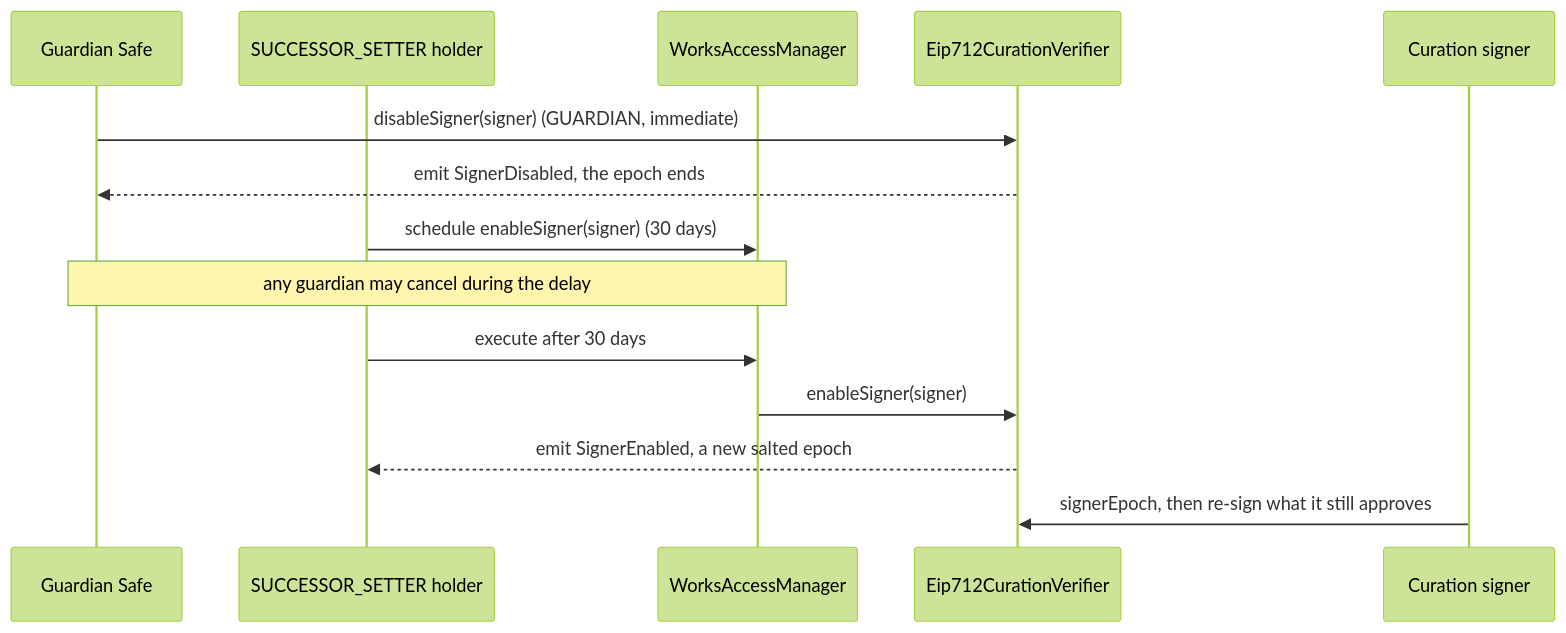
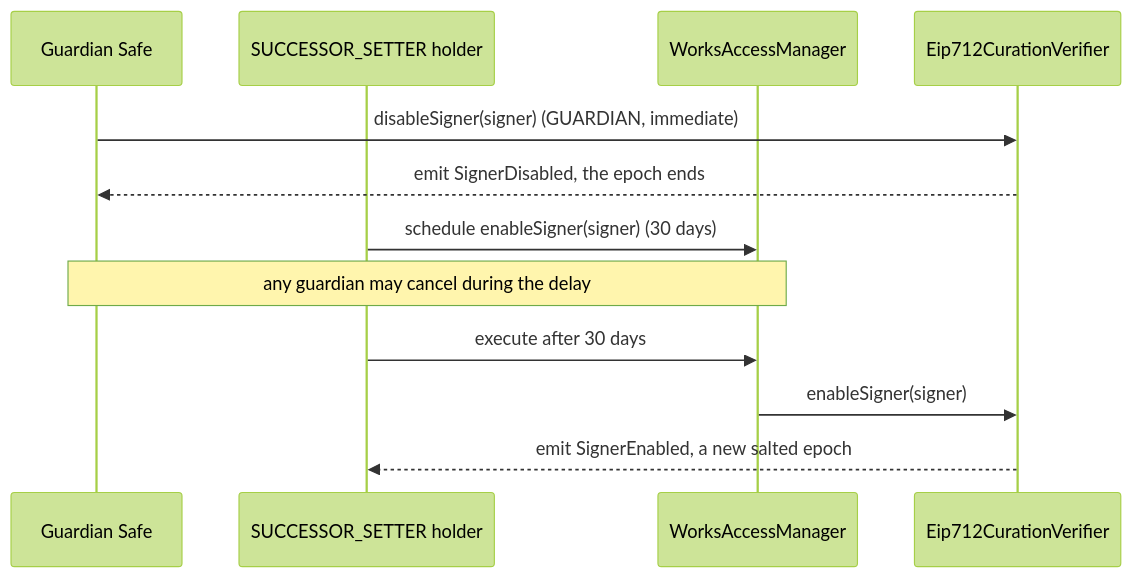
Before and after one commit to 6529-Collections/6529-works: the seventh of 8 diagrams in docs/spec/curation.md, drawn with Mermaid (forest theme). The commit also changed other lines of this file and 36 other files, not shown here.

````diff
--- a/docs/spec/curation.md
+++ b/docs/spec/curation.md
@@ -460,16 +387,14 @@
 ```mermaid
 sequenceDiagram
     participant Guardian as Guardian Safe
     participant Setter as SUCCESSOR_SETTER holder
     participant Manager as WorksAccessManager
     participant Verifier as Eip712CurationVerifier
-    participant Signer as Curation signer
     Guardian->>Verifier: disableSigner(signer) (GUARDIAN, immediate)
     Verifier-->>Guardian: emit SignerDisabled, the epoch ends
     Setter->>Manager: schedule enableSigner(signer) (30 days)
     Note over Guardian,Manager: any guardian may cancel during the delay
     Setter->>Manager: execute after 30 days
     Manager->>Verifier: enableSigner(signer)
     Verifier-->>Setter: emit SignerEnabled, a new salted epoch
-    Signer->>Verifier: signerEpoch, then re-sign what it still approves
 ```
````
